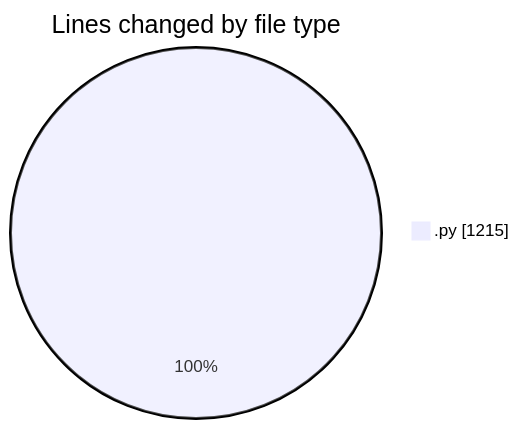
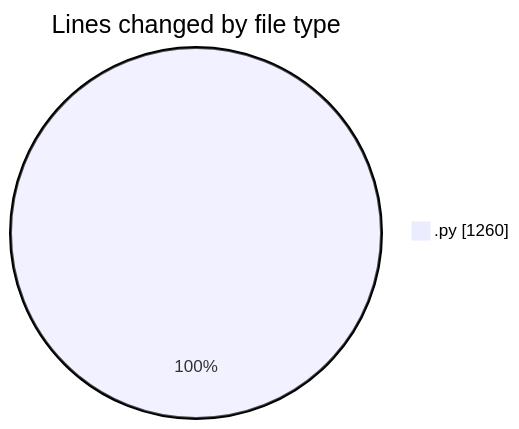
The first of 2 diagrams in 2025-07-28/refunds/README.md (EIIisD/code-tracking), drawn with Mermaid before and after one commit. The commit also changed other lines of this file and 1 other file, not shown here.

````diff
--- a/2025-07-28/refunds/README.md
+++ b/2025-07-28/refunds/README.md
@@ -21,5 +21,5 @@
 ```mermaid
 pie showData
 title Lines changed by file type
-".py" : 1215
+".py" : 1260
 ```
````
